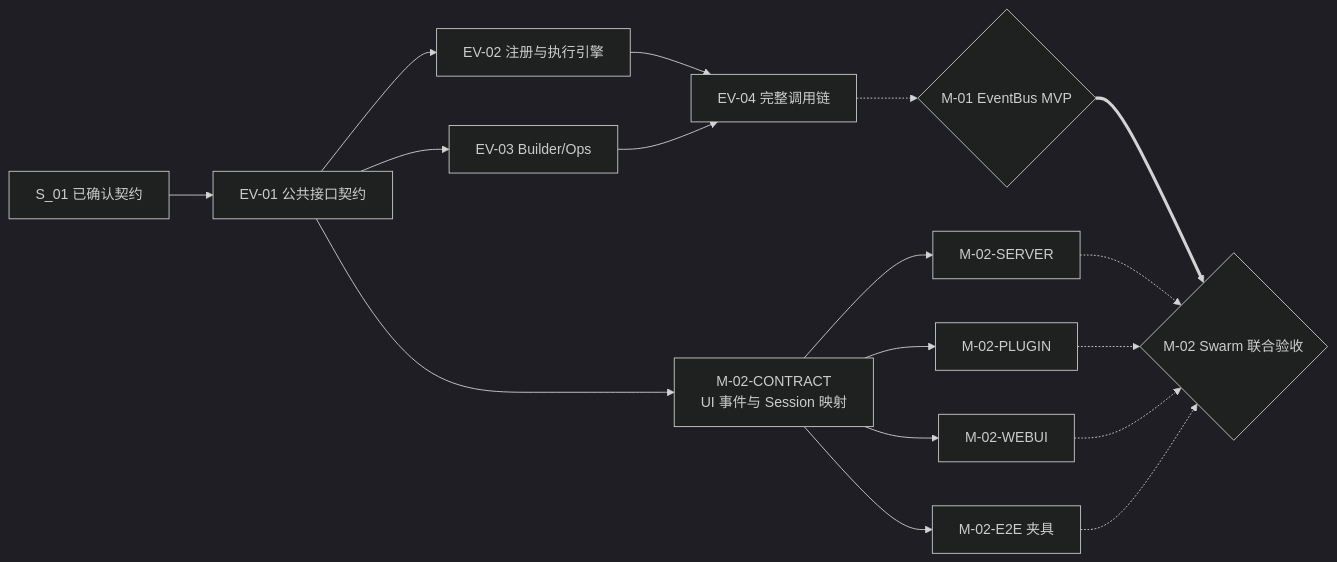
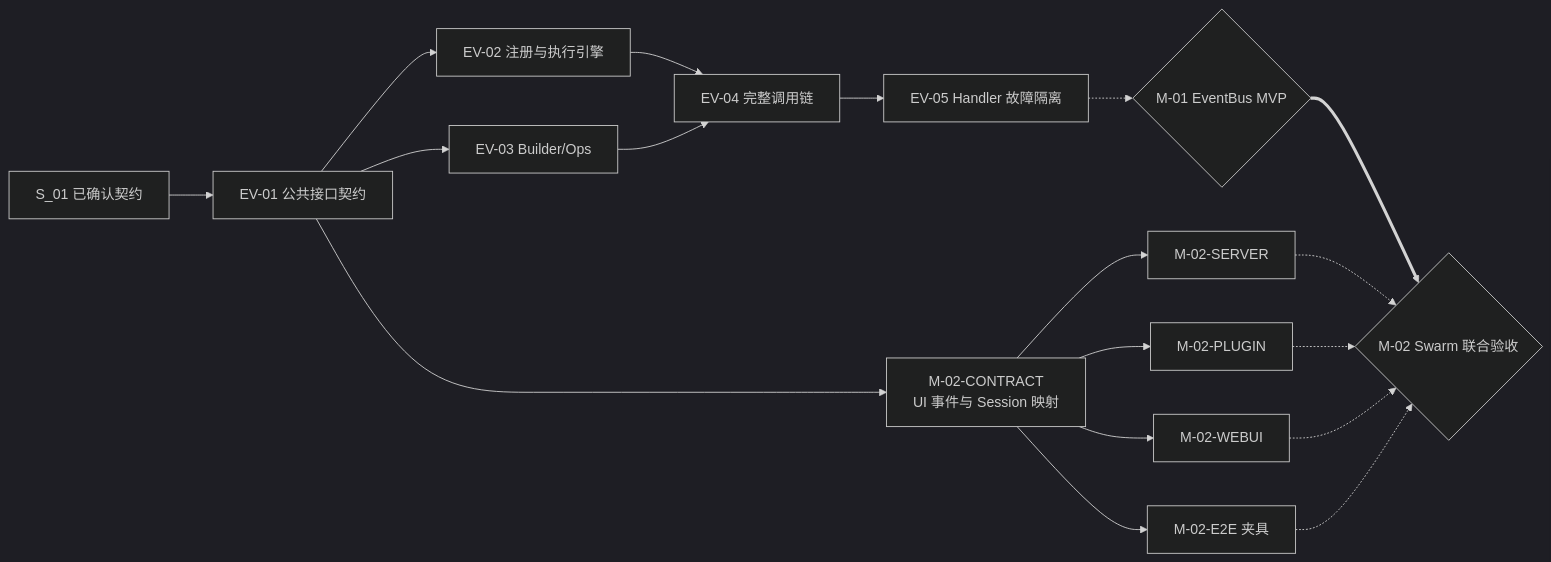
The diagram in openjiuwen/core/events/docs/designs/events-development-plan.md (openJiuwen-ai/agent-core), drawn with Mermaid (dark theme) before and after one commit. The commit also changed other lines of this file and 16 other files, not shown here.

Commit message:
feat(events): implement handler fault tolerance and event-level validators

````diff
--- a/openjiuwen/core/events/docs/designs/events-development-plan.md
+++ b/openjiuwen/core/events/docs/designs/events-development-plan.md
@@ -101,21 +120,22 @@
 ```mermaid
 flowchart LR
     S01["S_01 已确认契约"] --> EV01["EV-01 公共接口契约"]
     EV01 --> EV02["EV-02 注册与执行引擎"]
     EV01 --> EV03["EV-03 Builder/Ops"]
     EV02 --> EV04["EV-04 完整调用链"]
     EV03 --> EV04
+    EV04 --> EV05["EV-05 Handler 故障隔离"]
 
     EV01 --> Contract["M-02-CONTRACT\nUI 事件与 Session 映射"]
     Contract --> Server["M-02-SERVER"]
     Contract --> Plugin["M-02-PLUGIN"]
     Contract --> WebUI["M-02-WEBUI"]
     Contract --> E2E["M-02-E2E 夹具"]
 
-    EV04 -.-> M01{"M-01 EventBus MVP"}
+    EV05 -.-> M01{"M-01 EventBus MVP"}
     M01 ==> M02{"M-02 Swarm 联合验收"}
     Server -.-> M02
     Plugin -.-> M02
     WebUI -.-> M02
     E2E -.-> M02
 ```
````
